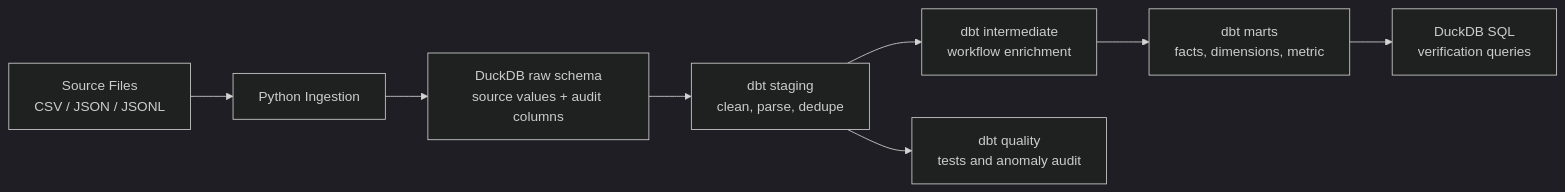
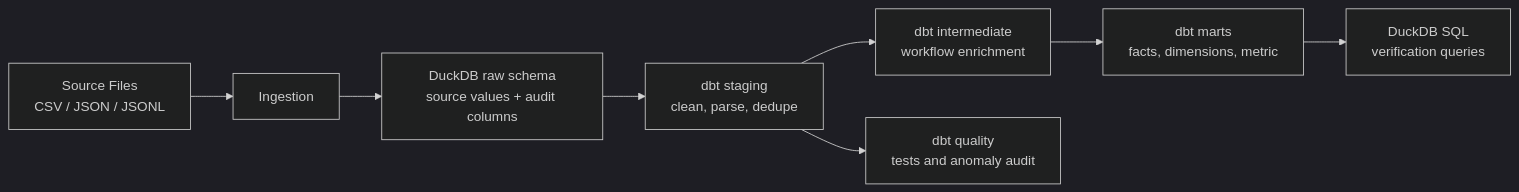
One commit to rj-sharma/icims-de-assignment changed the diagram in README.md. Above: the diagram before and after it, drawn with Mermaid (dark theme). The commit also changed other lines of this file and 6 other files, not shown here.

````diff
--- a/README.md
+++ b/README.md
@@ -55,10 +52,10 @@
 ```mermaid
 flowchart LR
-    A[Source Files<br/>CSV / JSON / JSONL] --> B[Python Ingestion]
+    A[Source Files<br/>CSV / JSON / JSONL] --> B[Ingestion]
     B --> C[DuckDB raw schema<br/>source values + audit columns]
     C --> D[dbt staging<br/>clean, parse, dedupe]
     D --> E[dbt intermediate<br/>workflow enrichment]
     E --> F[dbt marts<br/>facts, dimensions, metric]
     D --> G[dbt quality<br/>tests and anomaly audit]
     F --> H[DuckDB SQL<br/>verification queries]
 ```
````
